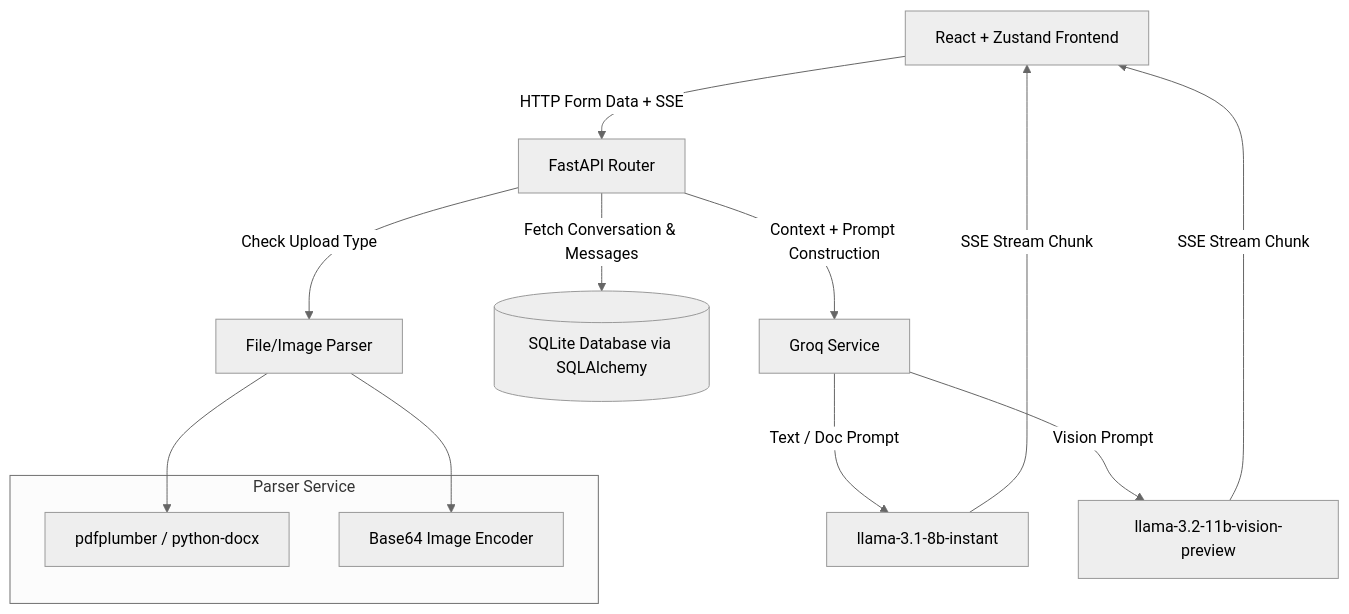
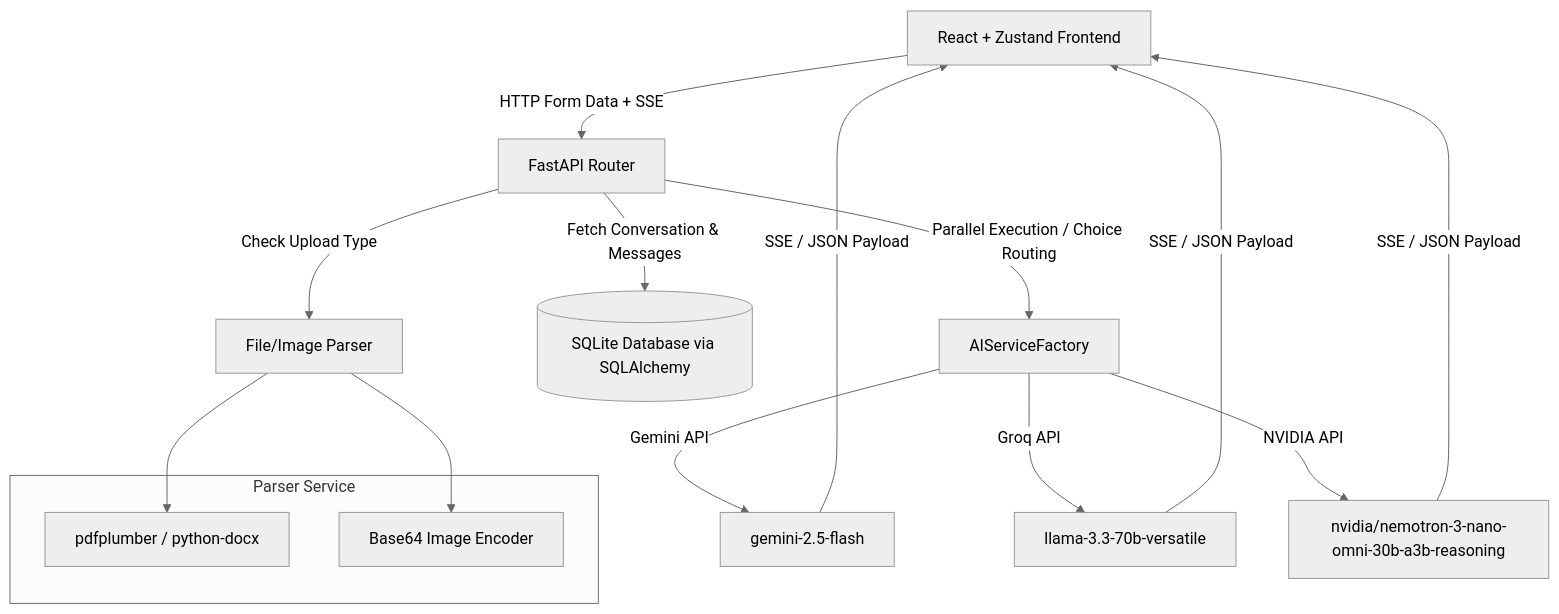
The diagram in README.md (ManojKumarC0112/day-7-assignment), drawn with Mermaid (neutral theme) before and after one commit. The commit also changed other lines of this file and 13 other files, not shown here.

Commit message:
Stabilize multi-provider architecture, model comparison, dynamic prompts, and thinking animation

````diff
--- a/README.md
+++ b/README.md
@@ -29,22 +36,24 @@
 ```mermaid
 graph TD
     Client[React + Zustand Frontend] -->|HTTP Form Data + SSE| Router[FastAPI Router]
     Router -->|Check Upload Type| Parser[File/Image Parser]
     
     subgraph Parser Service
         Doc[pdfplumber / python-docx]
         Img[Base64 Image Encoder]
     end
     
     Parser --> Doc
     Parser --> Img
     
     Router -->|Fetch Conversation & Messages| DB[(SQLite Database via SQLAlchemy)]
     
-    Router -->|Context + Prompt Construction| LLM[Groq Service]
-    LLM -->|Text / Doc Prompt| DefaultLLM[llama-3.1-8b-instant]
-    LLM -->|Vision Prompt| VisionLLM[llama-3.2-11b-vision-preview]
+    Router -->|Parallel Execution / Choice Routing| Registry[AIServiceFactory]
+    Registry -->|Gemini API| Gemini[gemini-2.5-flash]
+    Registry -->|Groq API| Groq[llama-3.3-70b-versatile]
+    Registry -->|NVIDIA API| NVIDIA[nvidia/nemotron-3-nano-omni-30b-a3b-reasoning]
     
-    DefaultLLM -->|SSE Stream Chunk| Client
-    VisionLLM -->|SSE Stream Chunk| Client
+    Gemini -->|SSE / JSON Payload| Client
+    Groq -->|SSE / JSON Payload| Client
+    NVIDIA -->|SSE / JSON Payload| Client
 ```
````
